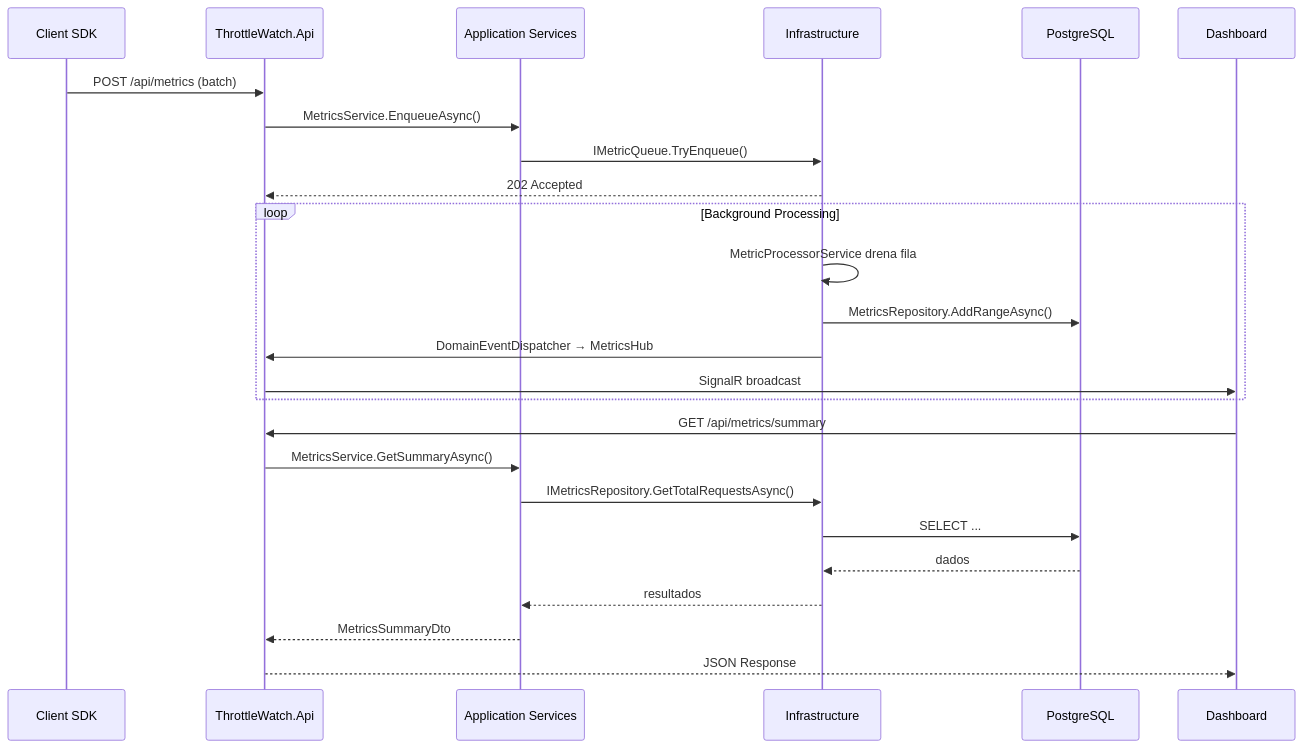
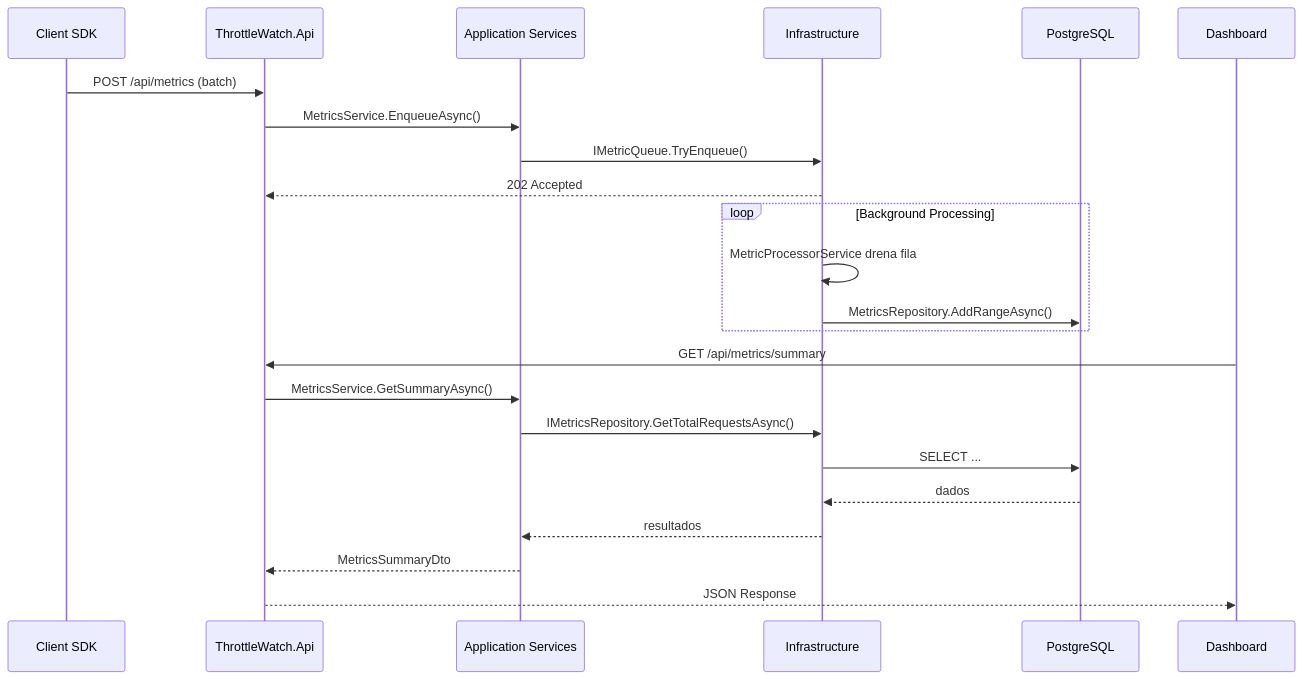
The second of 2 diagrams in ARCHITECTURE.md (VitorM34/ThrottleWatch), drawn with Mermaid before and after one commit. The commit also changed other lines of this file and 22 other files, not shown here.

First line of the commit message:
feat(api): add REST Minimal APIs and remove SignalR from stack

````diff
--- a/ARCHITECTURE.md
+++ b/ARCHITECTURE.md
@@ -673,30 +650,28 @@
 ```mermaid
 sequenceDiagram
     participant C as Client SDK
     participant API as ThrottleWatch.Api
     participant APP as Application Services
     participant INF as Infrastructure
     participant DB as PostgreSQL
     participant DASH as Dashboard
 
     C->>API: POST /api/metrics (batch)
     API->>APP: MetricsService.EnqueueAsync()
     APP->>INF: IMetricQueue.TryEnqueue()
     INF-->>API: 202 Accepted
 
     loop Background Processing
         INF->>INF: MetricProcessorService drena fila
         INF->>DB: MetricsRepository.AddRangeAsync()
-        INF->>API: DomainEventDispatcher → MetricsHub
-        API->>DASH: SignalR broadcast
     end
 
     DASH->>API: GET /api/metrics/summary
     API->>APP: MetricsService.GetSummaryAsync()
     APP->>INF: IMetricsRepository.GetTotalRequestsAsync()
     INF->>DB: SELECT ...
     DB-->>INF: dados
     INF-->>APP: resultados
     APP-->>API: MetricsSummaryDto
     API-->>DASH: JSON Response
 ```
````
